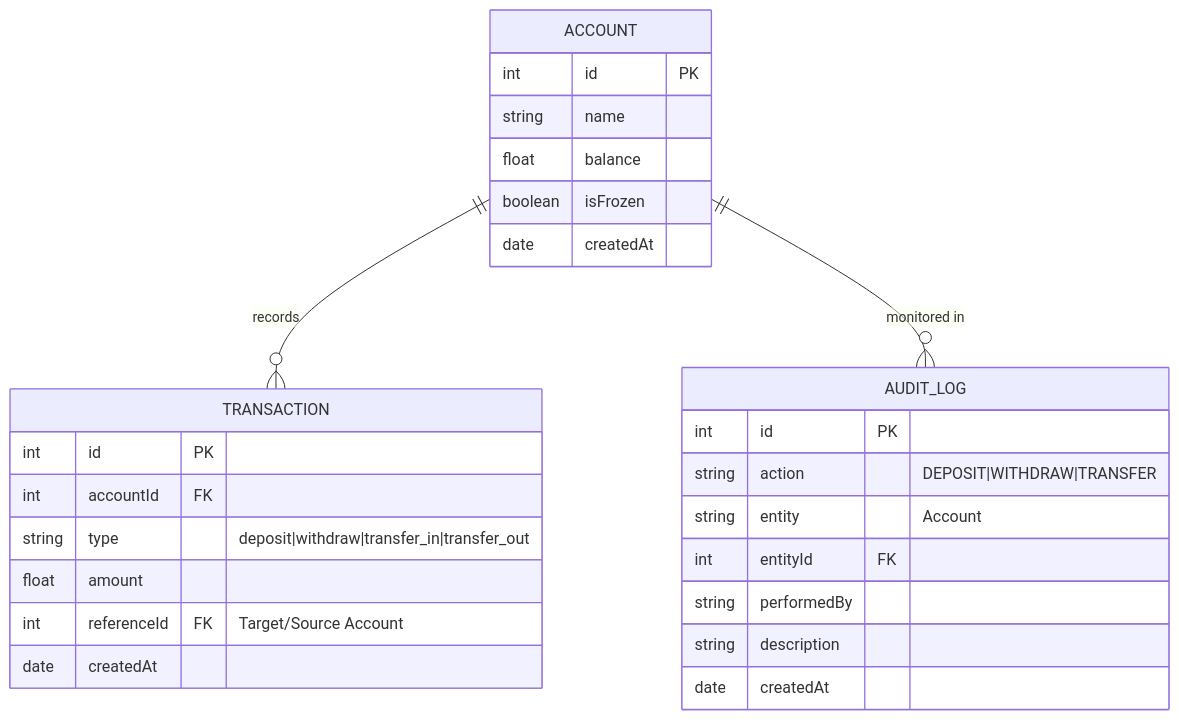
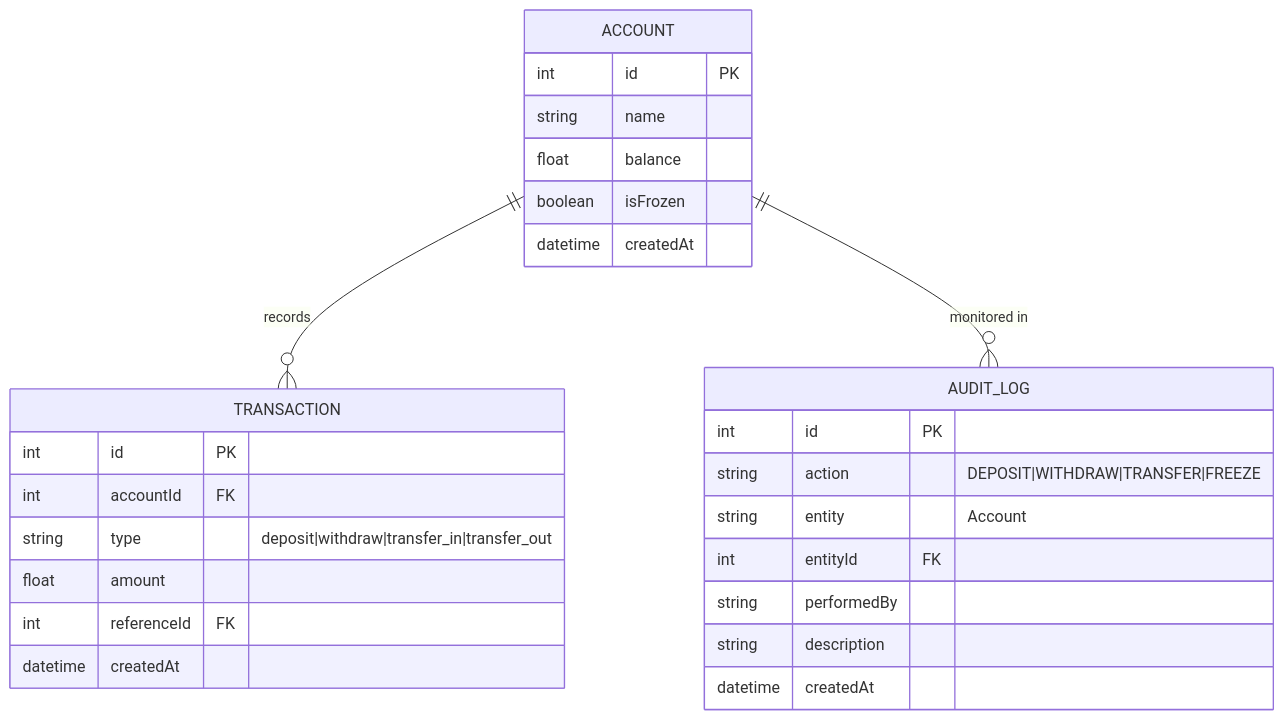
One commit to Yopa28/minibank changed the third of 3 diagrams in README.md. Above: the diagram before and after it, drawn with Mermaid. The commit also changed other lines of this file, not shown here.

Commit message:
Update README.md with Fullstack architecture and frontend features

````diff
--- a/README.md
+++ b/README.md
@@ -117,32 +92,32 @@
 ```mermaid
 erDiagram
     ACCOUNT ||--o{ TRANSACTION : "records"
     ACCOUNT ||--o{ AUDIT_LOG : "monitored in"
     
     ACCOUNT {
         int id PK
         string name
         float balance
         boolean isFrozen
-        date createdAt
+        datetime createdAt
     }
     
     TRANSACTION {
         int id PK
         int accountId FK
         string type "deposit|withdraw|transfer_in|transfer_out"
         float amount
-        int referenceId FK "Target/Source Account"
-        date createdAt
+        int referenceId FK
+        datetime createdAt
     }
     
     AUDIT_LOG {
         int id PK
-        string action "DEPOSIT|WITHDRAW|TRANSFER"
+        string action "DEPOSIT|WITHDRAW|TRANSFER|FREEZE"
         string entity "Account"
         int entityId FK
         string performedBy
         string description
-        date createdAt
+        datetime createdAt
     }
 ```
````
